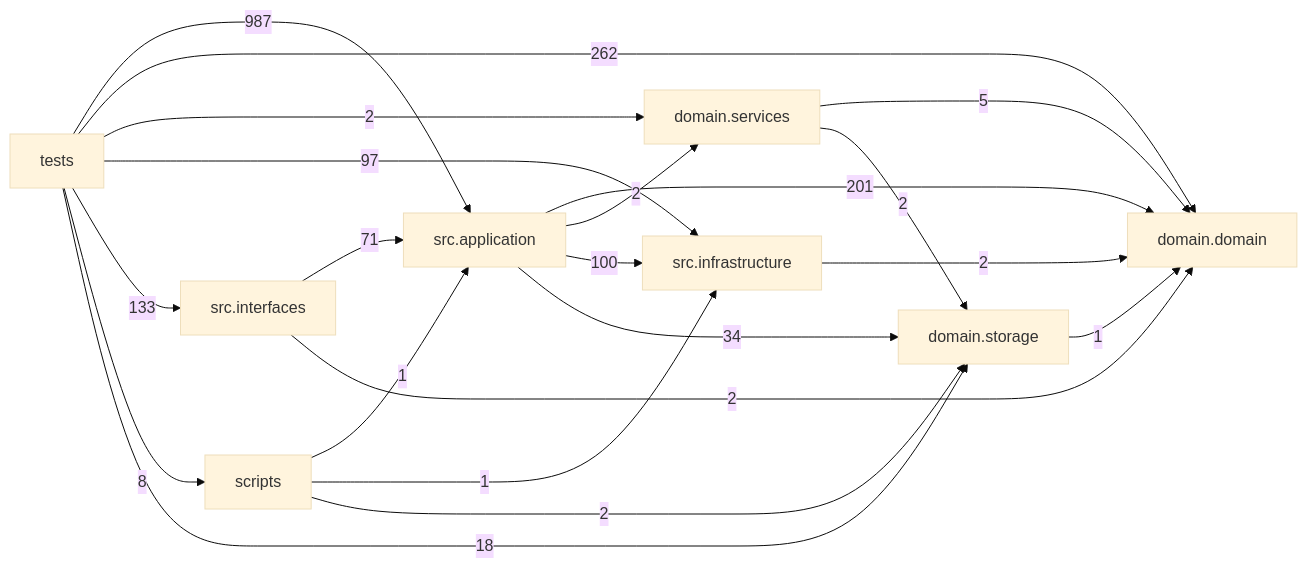
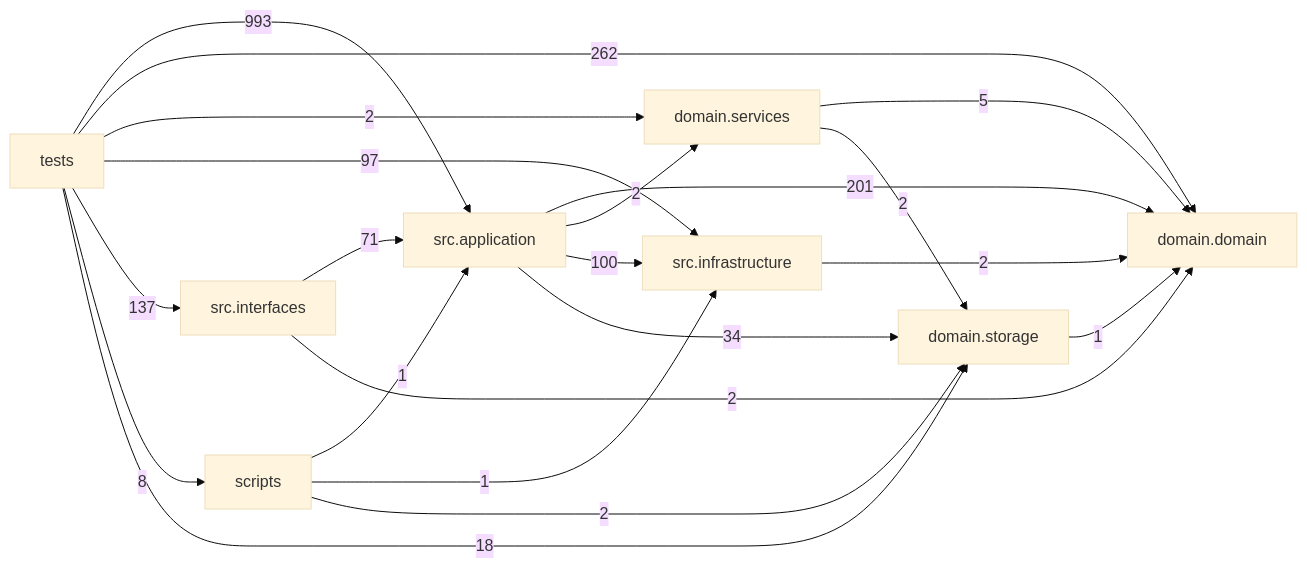
Before and after one commit to liuxie066/options-monitor: the diagram in docs/DEPENDENCY_GRAPH.md, drawn with Mermaid (base theme). The commit also changed other lines of this file and 7 other files, not shown here.

````diff
--- a/docs/DEPENDENCY_GRAPH.md
+++ b/docs/DEPENDENCY_GRAPH.md
@@ -24,31 +24,31 @@
 ```mermaid
 flowchart LR
   tests["tests"]
   scripts["scripts"]
   interfaces["src.interfaces"]
   application["src.application"]
   infrastructure["src.infrastructure"]
   domain_services["domain.services"]
   domain["domain.domain"]
   storage["domain.storage"]
   application -->|201| domain
   application -->|2| domain_services
   application -->|100| infrastructure
   application -->|34| storage
   domain_services -->|5| domain
   domain_services -->|2| storage
   infrastructure -->|2| domain
   interfaces -->|71| application
   interfaces -->|2| domain
   scripts -->|1| application
   scripts -->|1| infrastructure
   scripts -->|2| storage
   storage -->|1| domain
-  tests -->|987| application
+  tests -->|993| application
   tests -->|262| domain
   tests -->|2| domain_services
   tests -->|97| infrastructure
-  tests -->|133| interfaces
+  tests -->|137| interfaces
   tests -->|8| scripts
   tests -->|18| storage
 ```
````
